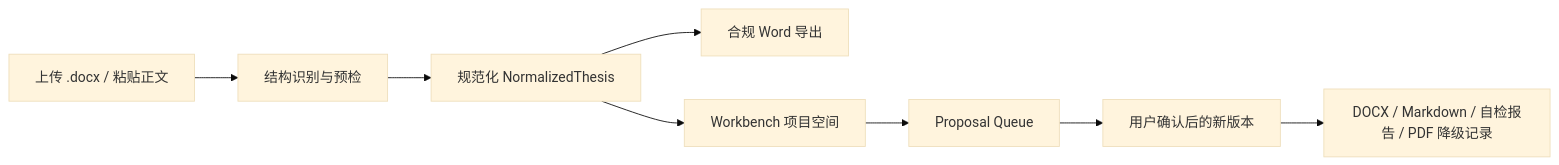
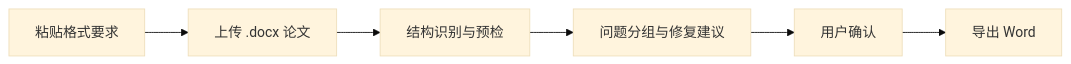
One commit to Jia-Ethan/scnu-thesis-portal changed the diagram in README.md. Above: the diagram before and after it, drawn with Mermaid (base theme). The commit also changed other lines of this file and 6 other files, not shown here.

````diff
--- a/README.md
+++ b/README.md
@@ -35,10 +23,8 @@
 ```mermaid
 flowchart LR
-  A["上传 .docx / 粘贴正文"] --> B["结构识别与预检"]
-  B --> C["规范化 NormalizedThesis"]
-  C --> D["合规 Word 导出"]
-  C --> E["Workbench 项目空间"]
-  E --> F["Proposal Queue"]
-  F --> G["用户确认后的新版本"]
-  G --> H["DOCX / Markdown / 自检报告 / PDF 降级记录"]
+  A["粘贴格式要求"] --> B["上传 .docx 论文"]
+  B --> C["结构识别与预检"]
+  C --> D["问题分组与修复建议"]
+  D --> E["用户确认"]
+  E --> F["导出 Word"]
 ```
````
